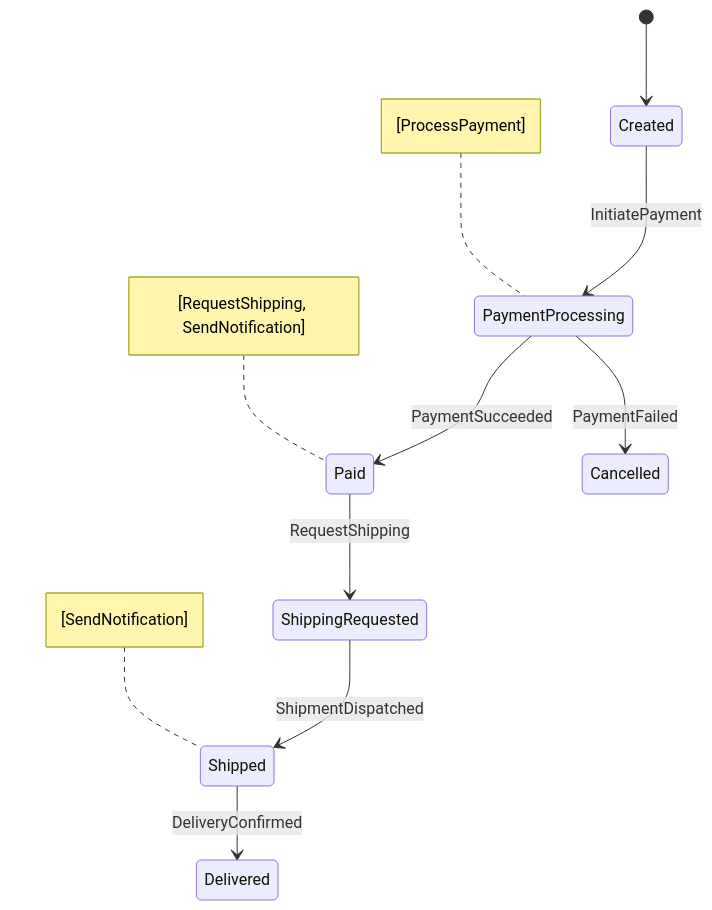
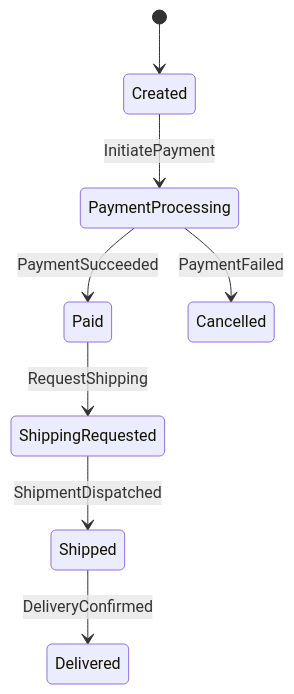
One commit to Iterable/mechanoid changed the first of 3 diagrams in docs/visualizations/order-fsm-structure.md. Above: the diagram before and after it, drawn with Mermaid. The commit also changed other lines of this file and 52 other files, not shown here.

````diff
--- a/docs/visualizations/order-fsm-structure.md
+++ b/docs/visualizations/order-fsm-structure.md
@@ -5,13 +5,10 @@
 ```mermaid
 stateDiagram-v2
     [*] --> Created
     Shipped --> Delivered: DeliveryConfirmed
     PaymentProcessing --> Paid: PaymentSucceeded
     PaymentProcessing --> Cancelled: PaymentFailed
     ShippingRequested --> Shipped: ShipmentDispatched
     Paid --> ShippingRequested: RequestShipping
     Created --> PaymentProcessing: InitiatePayment
-    note left of PaymentProcessing : [ProcessPayment]
-    note left of Paid : [RequestShipping, SendNotification]
-    note left of Shipped : [SendNotification]
 ```
````
